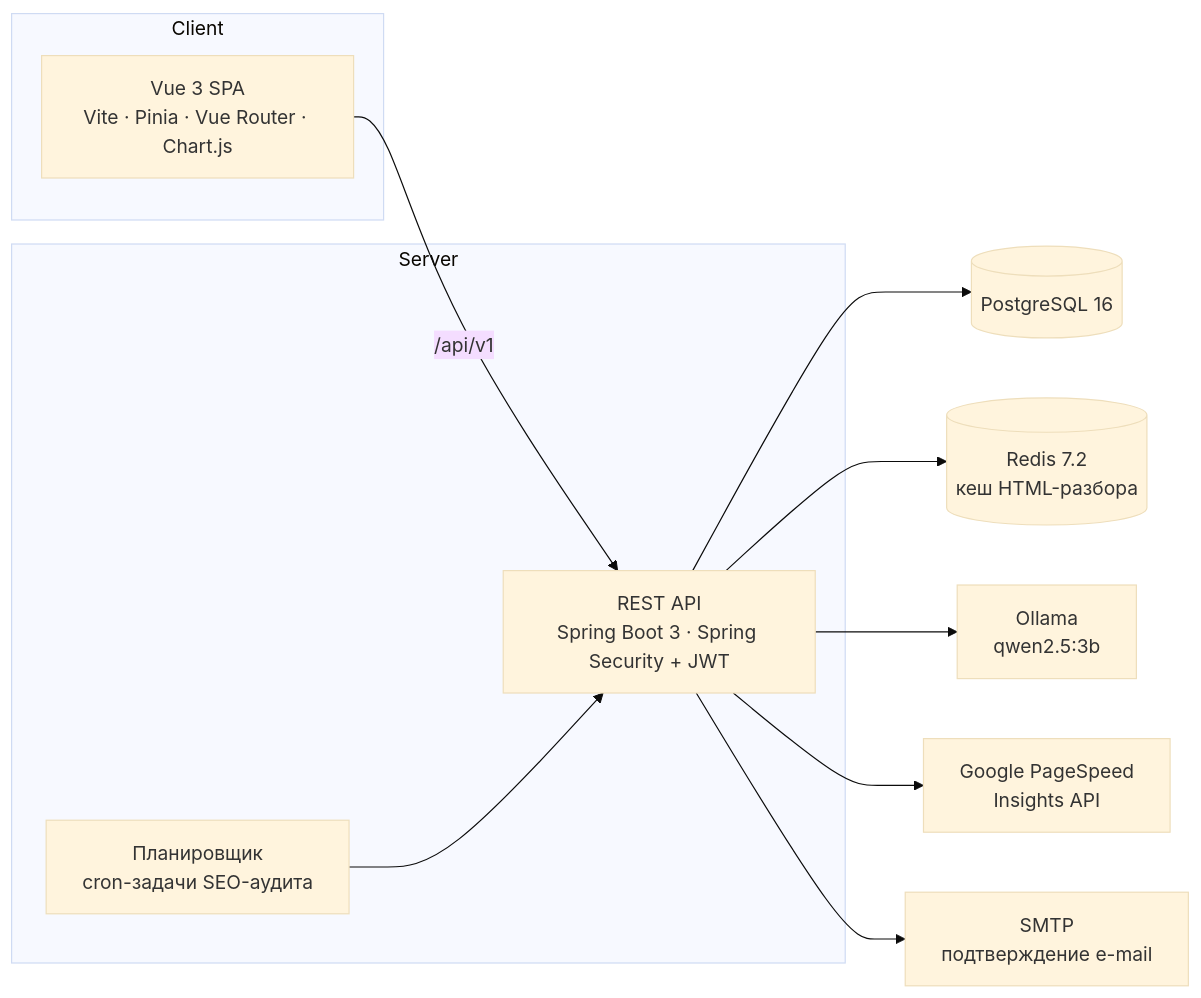
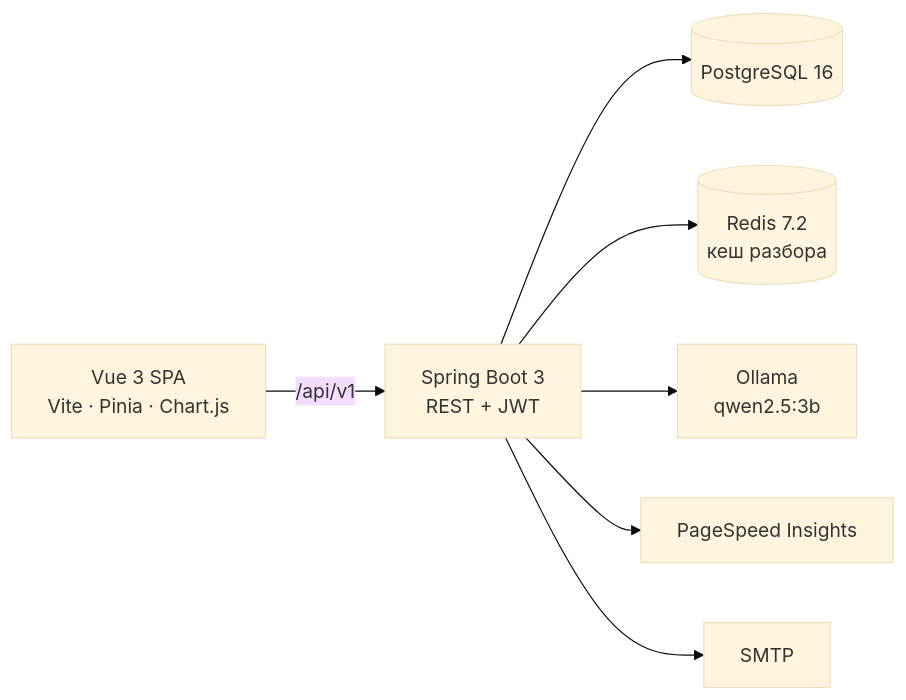
Before and after one commit to DaniilYemelyanenka/seohelper: the diagram in README.md, drawn with Mermaid (base theme). The commit also changed other lines of this file, not shown here.

````diff
--- a/README.md
+++ b/README.md
@@ -124,25 +52,9 @@
 ```mermaid
 flowchart LR
-    subgraph Client
-        FE["Vue 3 SPA<br/>Vite · Pinia · Vue Router · Chart.js"]
-    end
-
-    subgraph Server
-        API["REST API<br/>Spring Boot 3 · Spring Security + JWT"]
-        SCH["Планировщик<br/>cron-задачи SEO-аудита"]
-    end
-
-    DB[("PostgreSQL 16")]
-    RD[("Redis 7.2<br/>кеш HTML-разбора")]
-    OL["Ollama<br/>qwen2.5:3b"]
-    PS["Google PageSpeed<br/>Insights API"]
-    SMTP["SMTP<br/>подтверждение e-mail"]
-
-    FE -- "/api/v1" --> API
-    API --> DB
-    API --> RD
-    API --> OL
-    API --> PS
-    API --> SMTP
-    SCH --> API
+    FE["Vue 3 SPA<br/>Vite · Pinia · Chart.js"] -- "/api/v1" --> API["Spring Boot 3<br/>REST + JWT"]
+    API --> DB[("PostgreSQL 16")]
+    API --> RD[("Redis 7.2<br/>кеш разбора")]
+    API --> OL["Ollama<br/>qwen2.5:3b"]
+    API --> PS["PageSpeed Insights"]
+    API --> SMTP["SMTP"]
 ```
````
